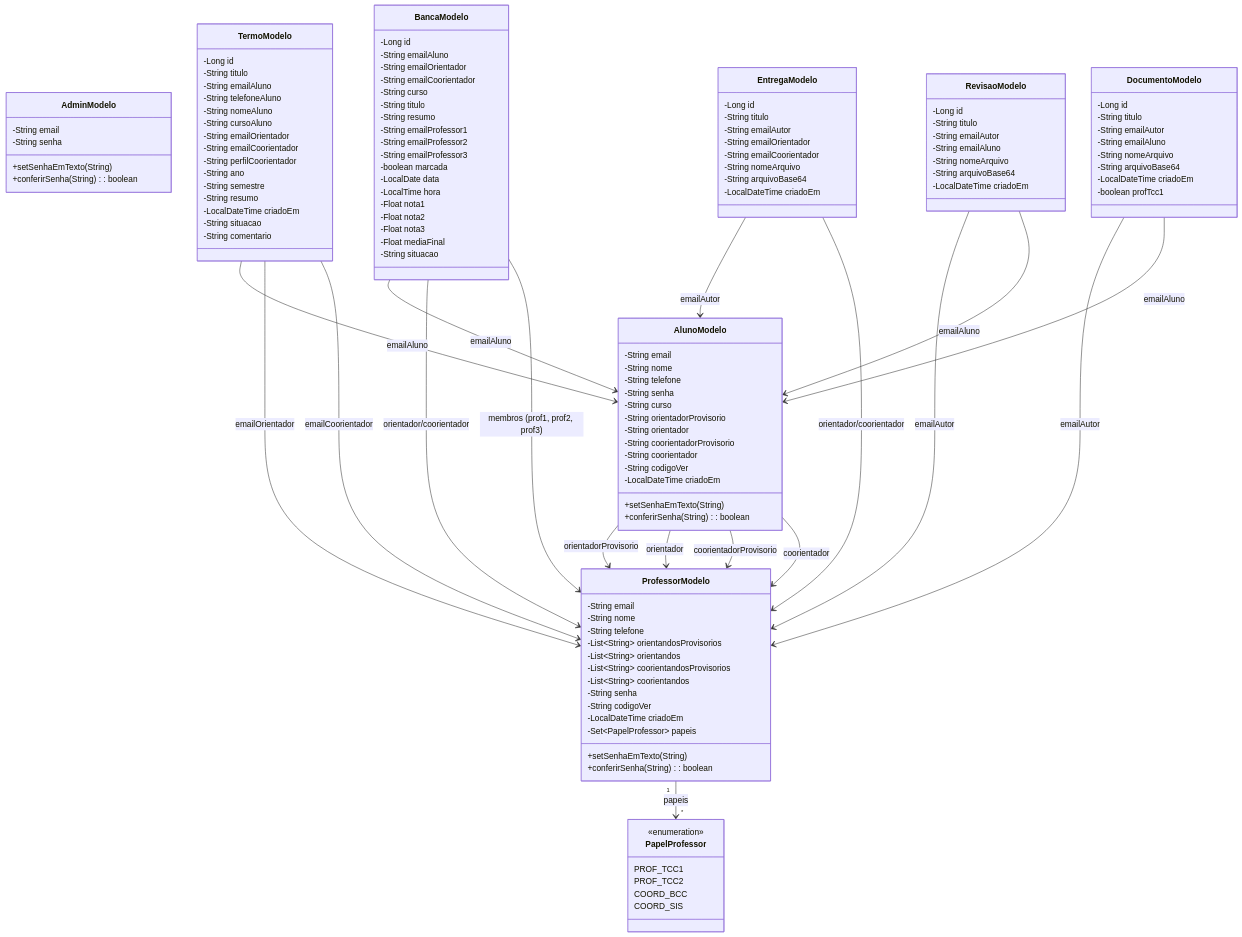
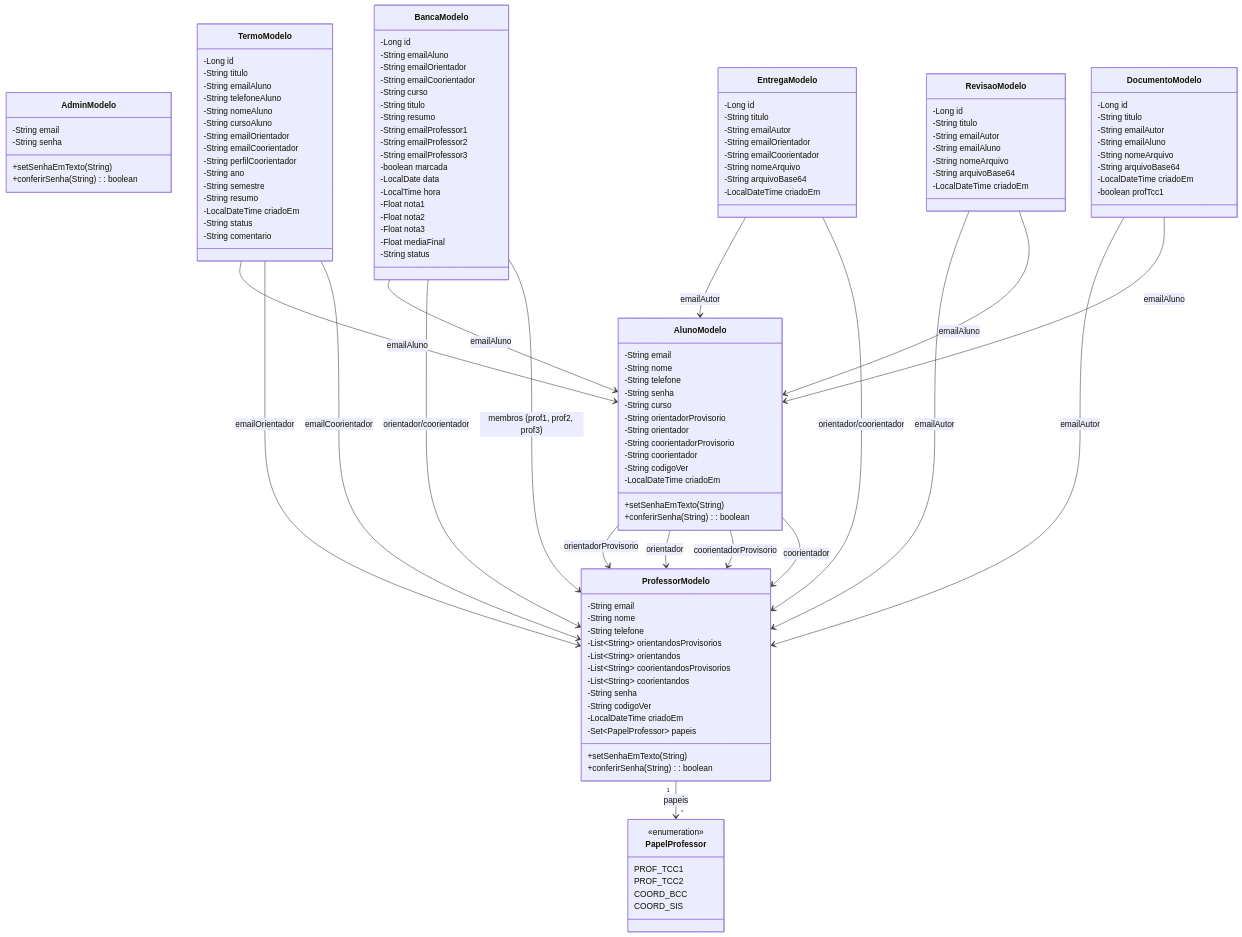
Before and after one commit to joao-martinho/orbe: the diagram in README.md, drawn with Mermaid.

```diff
--- a/README.md
+++ b/README.md
@@ -76,7 +76,7 @@
         -String semestre
         -String resumo
         -LocalDateTime criadoEm
-        -String situacao
+        -String status
         -String comentario
     }
 
@@ -98,7 +98,7 @@
         -Float nota2
         -Float nota3
         -Float mediaFinal
-        -String situacao
+        -String status
     }
 
     class EntregaModelo {
```
